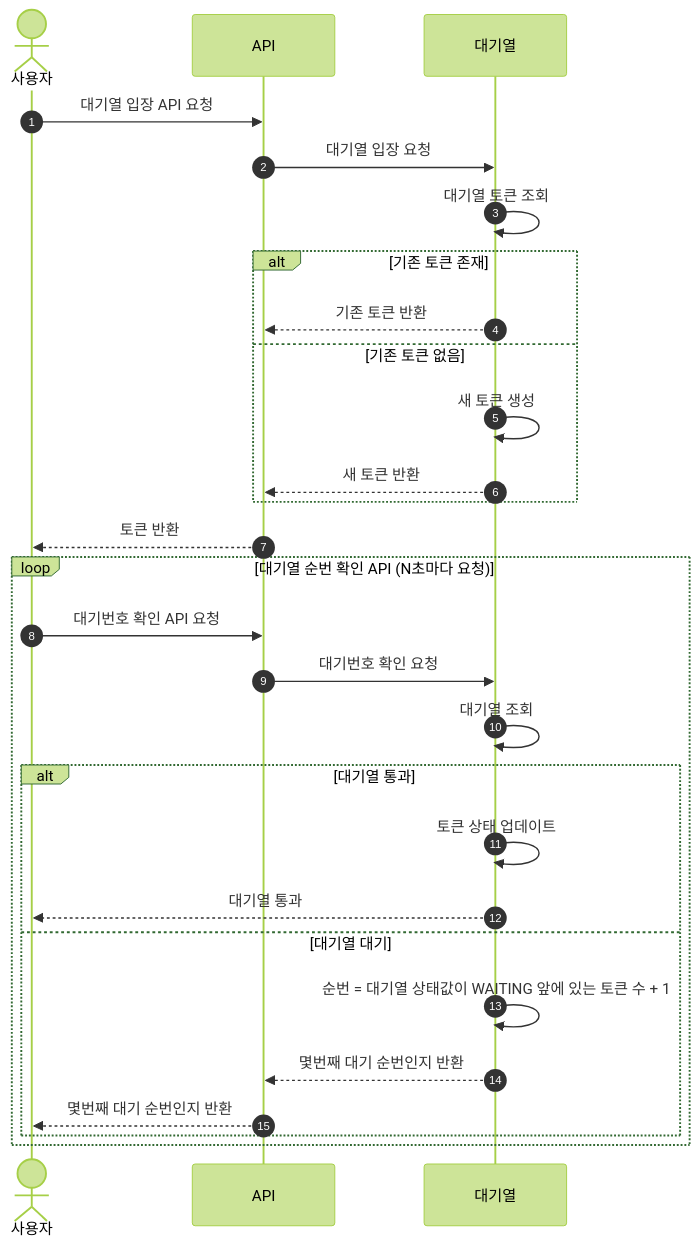
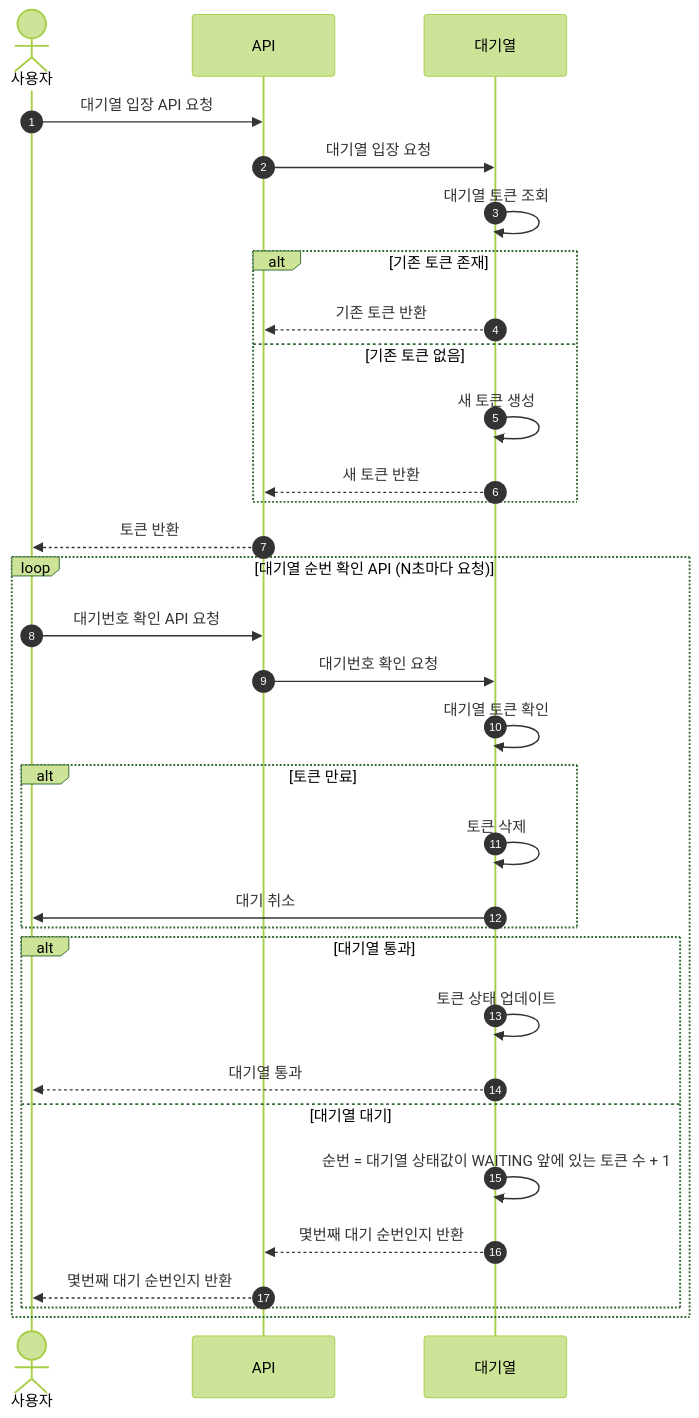
The second of 4 diagrams in README.md (jjuya21/hanghae_week3), drawn with Mermaid (forest theme) before and after one commit.

````diff
--- a/README.md
+++ b/README.md
@@ -24,32 +24,36 @@
 ```mermaid
 sequenceDiagram
     autonumber
     actor 사용자 as 사용자
     participant API
     participant 대기열
 
     사용자 ->> API: 대기열 입장 API 요청
     API ->> 대기열: 대기열 입장 요청
     대기열 ->> 대기열: 대기열 토큰 조회
     alt 기존 토큰 존재
         대기열 -->> API: 기존 토큰 반환
     else 기존 토큰 없음
         대기열 ->> 대기열: 새 토큰 생성
         대기열 -->> API: 새 토큰 반환
     end
     API -->> 사용자: 토큰 반환
 
     loop 대기열 순번 확인 API (N초마다 요청)
         사용자 ->> API: 대기번호 확인 API 요청
         API ->> 대기열: 대기번호 확인 요청
-        대기열 ->> 대기열: 대기열 조회
+        대기열 ->> 대기열: 대기열 토큰 확인
+        alt 토큰 만료
+            대기열 ->> 대기열: 토큰 삭제
+            대기열 ->> 사용자: 대기 취소
+        end
         alt 대기열 통과
             대기열 ->> 대기열: 토큰 상태 업데이트
             대기열 -->> 사용자: 대기열 통과
         else 대기열 대기
             대기열 ->> 대기열: 순번 = 대기열 상태값이 WAITING 앞에 있는 토큰 수 + 1
             대기열 -->> API: 몇번째 대기 순번인지 반환
             API -->> 사용자: 몇번째 대기 순번인지 반환
         end
     end
 ```
````
